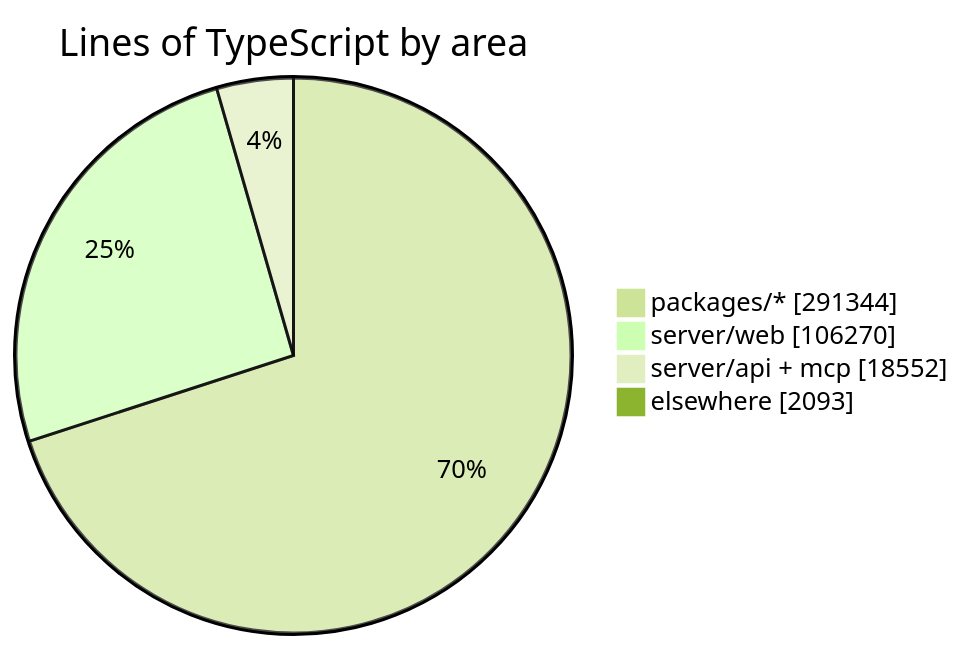
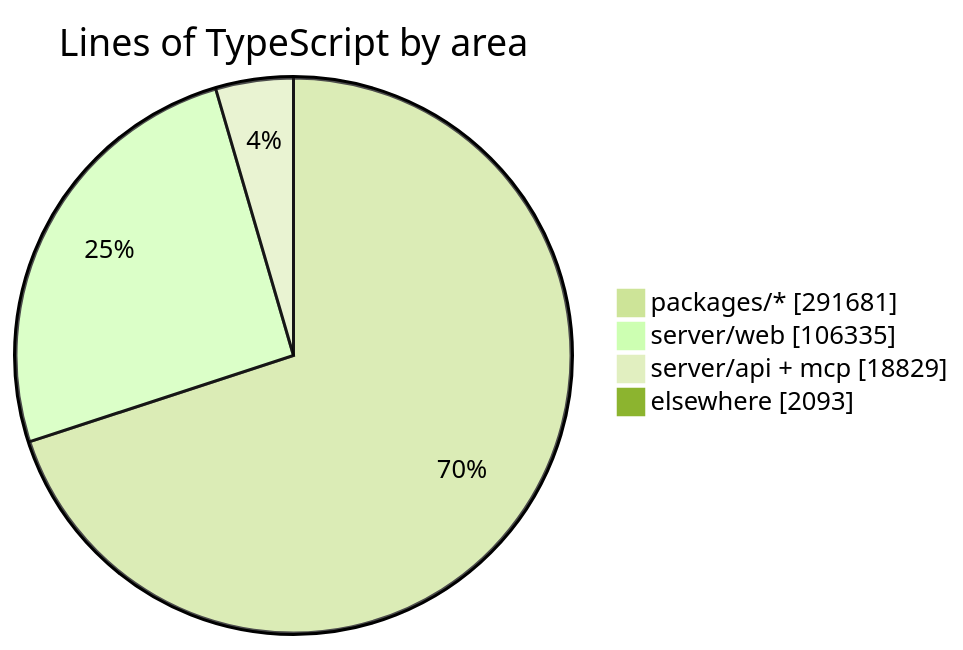
One commit to crossworks-engineering/mantle changed the diagram in README.md. Above: the diagram before and after it, drawn with Mermaid (forest theme). The commit also changed other lines of this file and 2 other files, not shown here.

````diff
--- a/README.md
+++ b/README.md
@@ -294,7 +294,7 @@
 ```mermaid
 pie showData title Lines of TypeScript by area
-    "packages/*" : 291344
-    "server/web" : 106270
-    "server/api + mcp" : 18552
+    "packages/*" : 291681
+    "server/web" : 106335
+    "server/api + mcp" : 18829
     "elsewhere" : 2093
 ```
````
